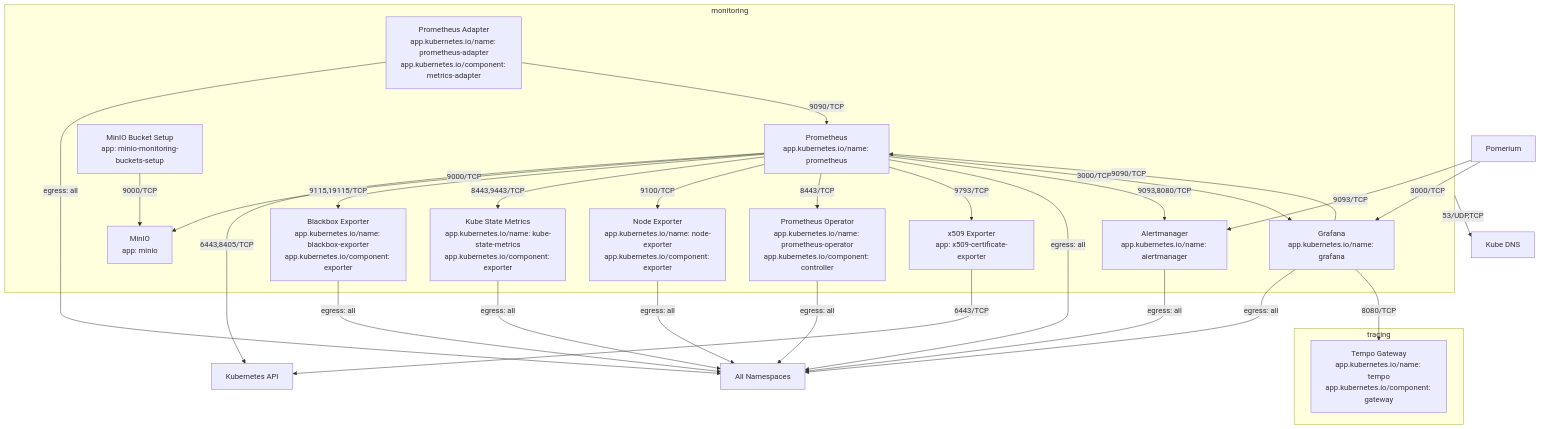
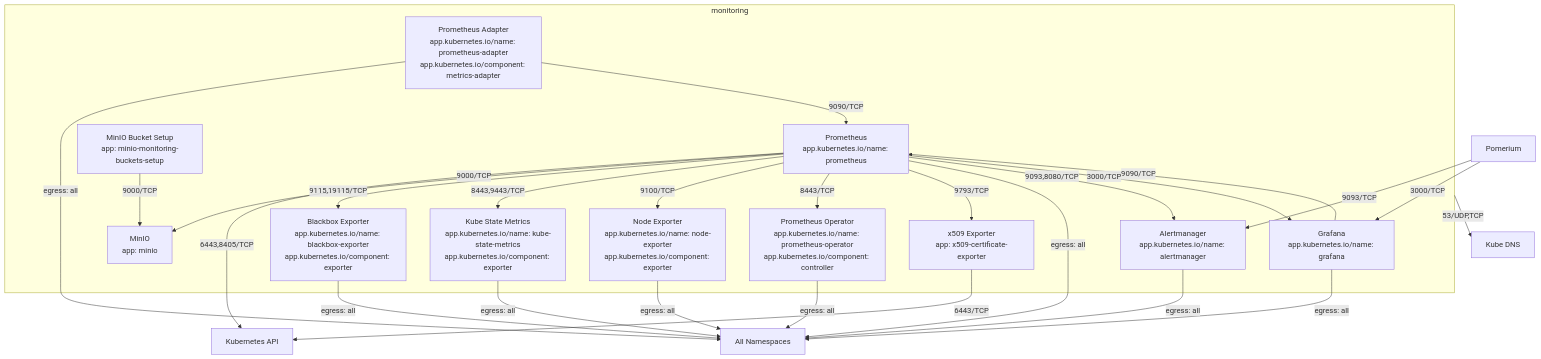
The diagram in docs/network-policies/modules/monitoring/prometheus.md (sighupio/fury-distribution), drawn with Mermaid before and after one commit. The commit also changed 1 other file, not shown here.

Commit message:
fix(docs): fix names in monitoring network policies

````diff
--- a/docs/network-policies/modules/monitoring/prometheus.md
+++ b/docs/network-policies/modules/monitoring/prometheus.md
@@ -3,46 +3,41 @@
 ```mermaid
 graph TD
     %% Namespace
     subgraph monitoring
         prom[Prometheus<br/>app.kubernetes.io/name: prometheus]
         grafana[Grafana<br/>app.kubernetes.io/name: grafana]
         am[Alertmanager<br/>app.kubernetes.io/name: alertmanager]
         bb[Blackbox Exporter<br/>app.kubernetes.io/name: blackbox-exporter<br/>app.kubernetes.io/component: exporter]
         ksm[Kube State Metrics<br/>app.kubernetes.io/name: kube-state-metrics<br/>app.kubernetes.io/component: exporter]
         ne[Node Exporter<br/>app.kubernetes.io/name: node-exporter<br/>app.kubernetes.io/component: exporter]
         pa[Prometheus Adapter<br/>app.kubernetes.io/name: prometheus-adapter<br/>app.kubernetes.io/component: metrics-adapter]
         po[Prometheus Operator<br/>app.kubernetes.io/name: prometheus-operator<br/>app.kubernetes.io/component: controller]
         minio[MinIO<br/>app: minio]
         bucket[MinIO Bucket Setup<br/>app: minio-monitoring-buckets-setup]
         x509[x509 Exporter<br/>app: x509-certificate-exporter]
-    end
-
-    subgraph tracing
-        tempo[Tempo Gateway<br/>app.kubernetes.io/name: tempo<br/>app.kubernetes.io/component: gateway]
     end
 
     %% External and K8s Core Components
     api[Kubernetes API]
     dns[Kube DNS]
     pom["Pomerium"]
 
     %% Edges
     monitoring -->|"53/UDP,TCP"| dns
     bucket -->|"9000/TCP"| minio
     prom -->|"6443,8405/TCP"| api
     prom -->|"9000/TCP"| minio
     prom -->|"9115,19115/TCP"| bb
     prom -->|"8443,9443/TCP"| ksm
     prom -->|"9100/TCP"| ne
     prom -->|"8443/TCP"| po
     prom -->|"9793/TCP"| x509
     prom & am & bb & grafana & ksm & ne & pa & po -->|"egress: all"| all[All Namespaces]
     pa -->|"9090/TCP"| prom
     grafana -->|"9090/TCP"| prom
     prom -->|"9093,8080/TCP"| am
     pom -->|"9093/TCP"| am
     prom -->|"3000/TCP"| grafana
-    grafana -->|"8080/TCP"| tempo
     pom -->|"3000/TCP"| grafana
     x509 -->|"6443/TCP"| api
 ```
````
